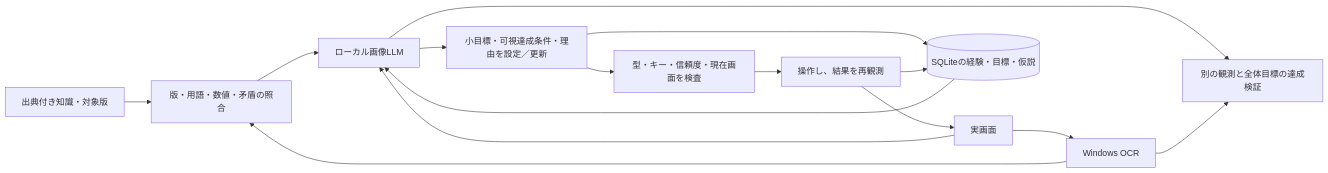
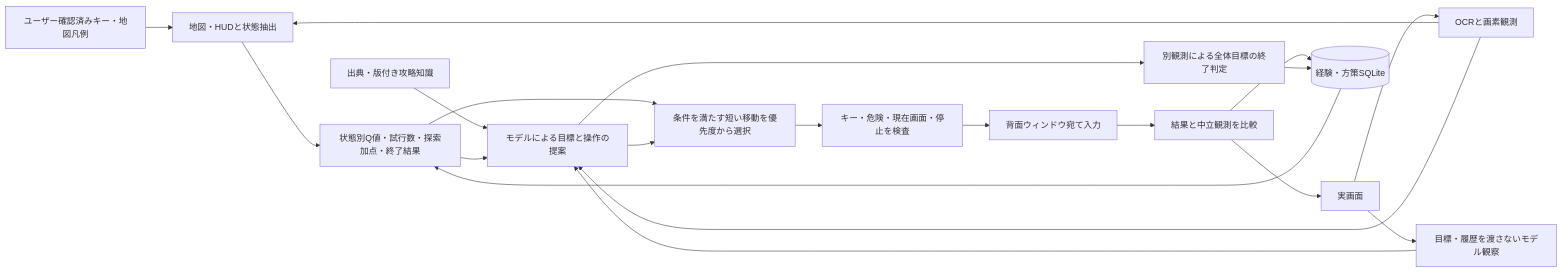
Before and after one commit to sinreikun/torneko-remaster-AI: the diagram in ARCHITECTURE.md, drawn with Mermaid. The commit also changed other lines of this file and 26 other files, not shown here.

````diff
--- a/ARCHITECTURE.md
+++ b/ARCHITECTURE.md
@@ -3,17 +3,22 @@
 ```mermaid
 flowchart LR
-  A[出典付き知識・対象版] --> C[版・用語・数値・矛盾の照合]
-  B[実画面] --> O[Windows OCR]
-  O --> C
-  B --> L[ローカル画像LLM]
-  C --> L
-  M[(SQLiteの経験・目標・仮説)] --> L
-  L --> G[小目標・可視達成条件・理由を設定／更新]
-  G --> V[型・キー・信頼度・現在画面を検査]
-  V --> I[操作し、結果を再観測]
-  I --> B
-  G --> M
-  I --> M
-  L --> F[別の観測と全体目標の達成検証]
-  O --> F
+  U[ユーザー確認済みキー・地図凡例] --> P[地図・HUDと状態抽出]
+  B[実画面] --> O[OCRと画素観測]
+  O --> P
+  B --> V[目標・履歴を渡さないモデル観察]
+  K[出典・版付き攻略知識] --> L[モデルによる目標と操作の提案]
+  O --> L
+  V --> L
+  M[(経験・方策SQLite)] --> R[状態別Q値・試行数・探索加点・終了結果]
+  P --> R
+  R --> L
+  R --> S[条件を満たす短い移動を優先度から選択]
+  L --> S
+  S --> G[キー・危険・現在画面・停止を検査]
+  G --> I[背面ウィンドウ宛て入力]
+  I --> A[結果と中立観測を比較]
+  A --> M
+  A --> B
+  L --> F[別観測による全体目標の終了判定]
+  F --> M
 ```
````
